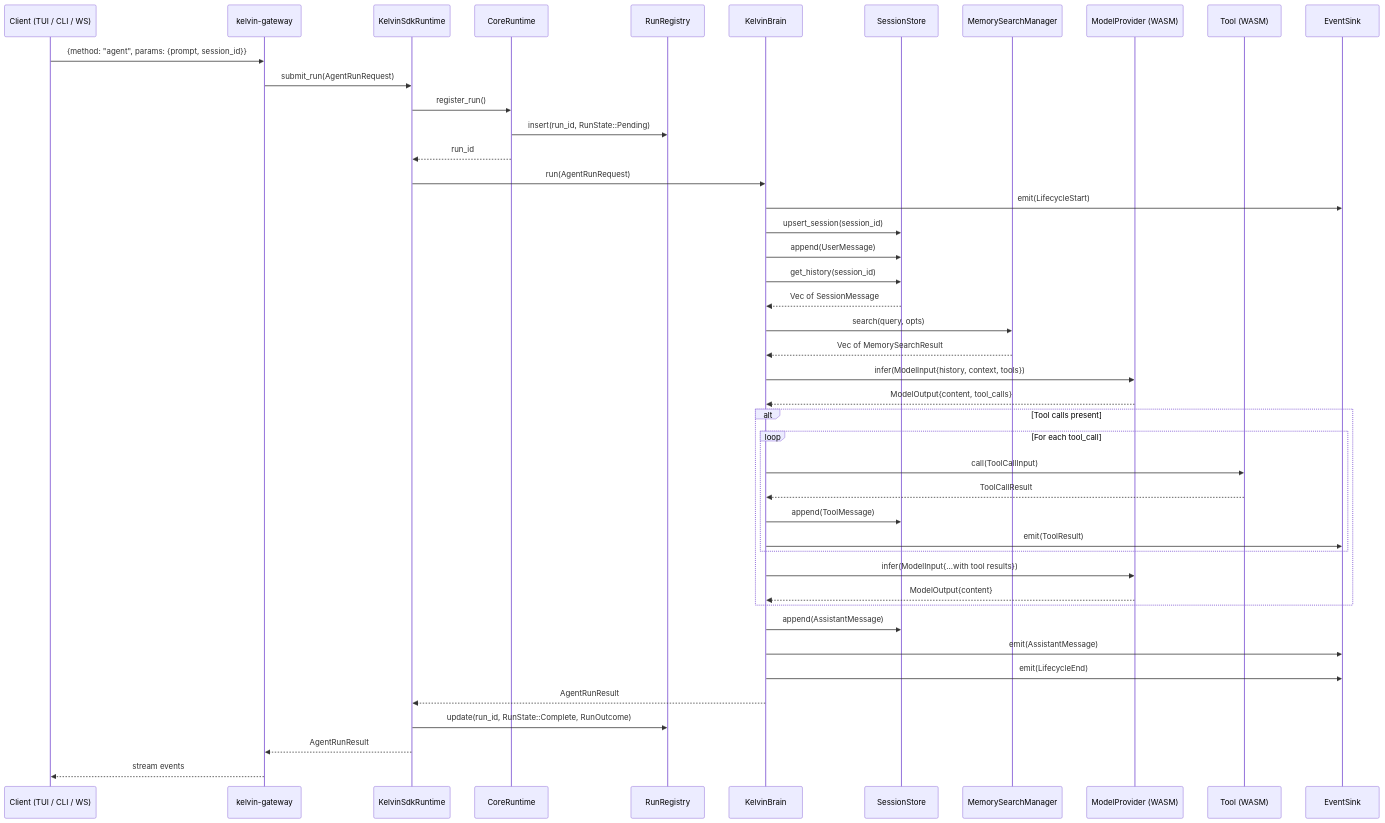
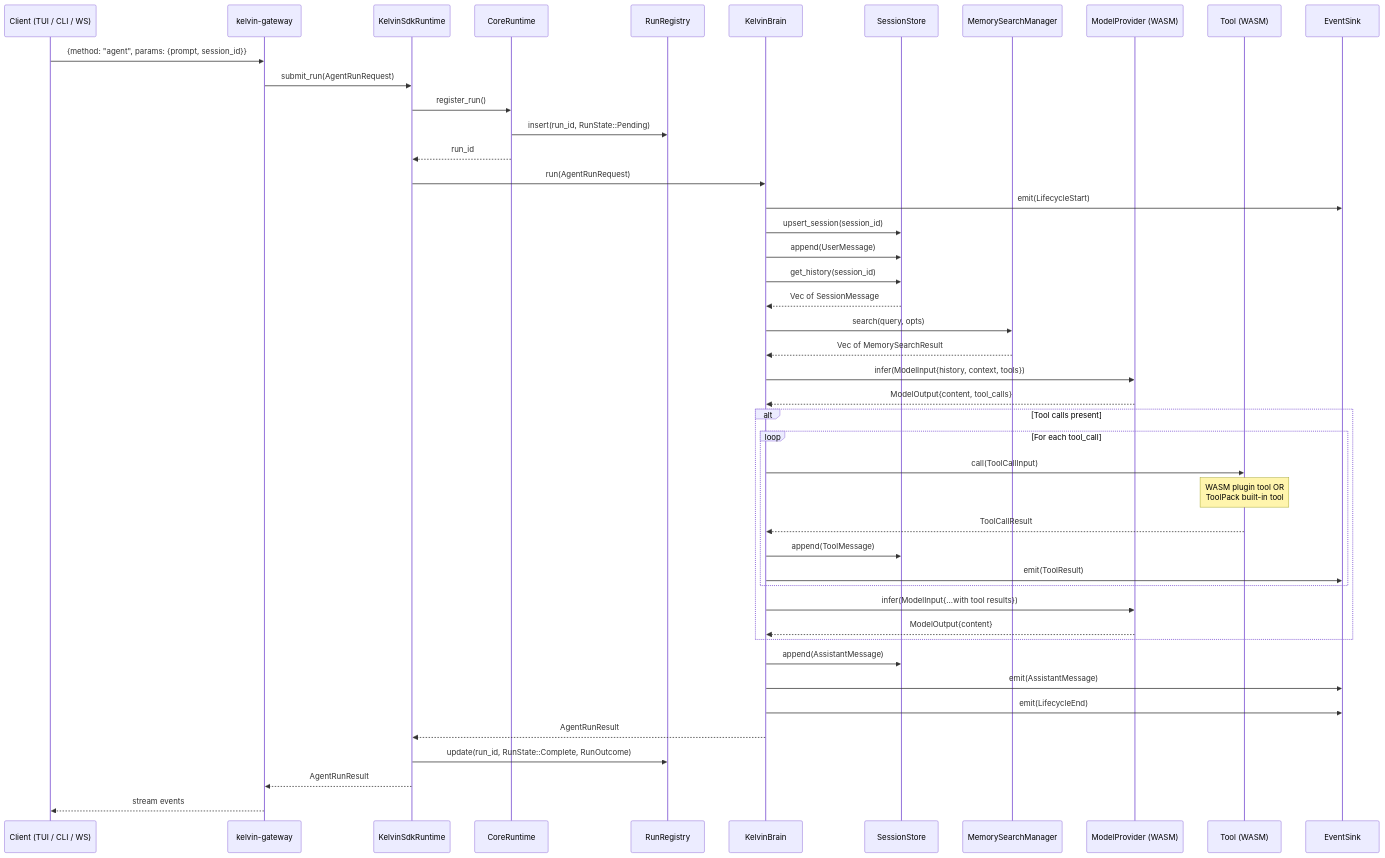
One commit to AgenticHighway/kelvinclaw changed the first of 9 diagrams in docs/architecture/c4-level4-code.md. Above: the diagram before and after it, drawn with Mermaid. The commit also changed other lines of this file and 3 other files, not shown here.

Commit message:
feat(docs): enhance architecture diagrams with DeepWiki API and ToolPack details

````diff
--- a/docs/architecture/c4-level4-code.md
+++ b/docs/architecture/c4-level4-code.md
@@ -7,53 +7,54 @@
 ```mermaid
 sequenceDiagram
     participant Client as Client (TUI / CLI / WS)
     participant GW as kelvin-gateway
     participant SDK as KelvinSdkRuntime
     participant CR as CoreRuntime
     participant RR as RunRegistry
     participant KB as KelvinBrain
     participant SS as SessionStore
     participant MS as MemorySearchManager
     participant MP as ModelProvider (WASM)
     participant TL as Tool (WASM)
     participant ES as EventSink
 
     Client->>GW: {method: "agent", params: {prompt, session_id}}
     GW->>SDK: submit_run(AgentRunRequest)
     SDK->>CR: register_run()
     CR->>RR: insert(run_id, RunState::Pending)
     CR-->>SDK: run_id
     SDK->>KB: run(AgentRunRequest)
 
     KB->>ES: emit(LifecycleStart)
     KB->>SS: upsert_session(session_id)
     KB->>SS: append(UserMessage)
 
     KB->>SS: get_history(session_id)
     SS-->>KB: Vec of SessionMessage
 
     KB->>MS: search(query, opts)
     MS-->>KB: Vec of MemorySearchResult
 
     KB->>MP: infer(ModelInput{history, context, tools})
     MP-->>KB: ModelOutput{content, tool_calls}
 
     alt Tool calls present
         loop For each tool_call
             KB->>TL: call(ToolCallInput)
+            Note over TL: WASM plugin tool OR<br/>ToolPack built-in tool
             TL-->>KB: ToolCallResult
             KB->>SS: append(ToolMessage)
             KB->>ES: emit(ToolResult)
         end
         KB->>MP: infer(ModelInput{...with tool results})
         MP-->>KB: ModelOutput{content}
     end
 
     KB->>SS: append(AssistantMessage)
     KB->>ES: emit(AssistantMessage)
     KB->>ES: emit(LifecycleEnd)
     KB-->>SDK: AgentRunResult
     SDK->>RR: update(run_id, RunState::Complete, RunOutcome)
     SDK-->>GW: AgentRunResult
     GW-->>Client: stream events
 ```
````
